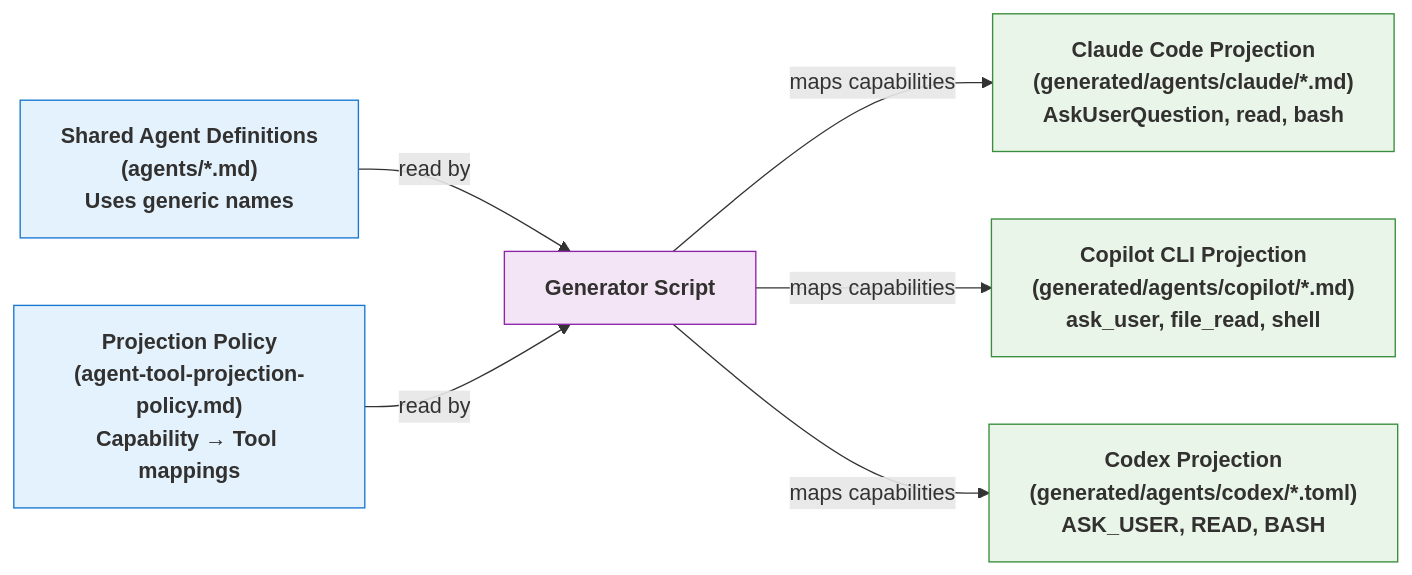
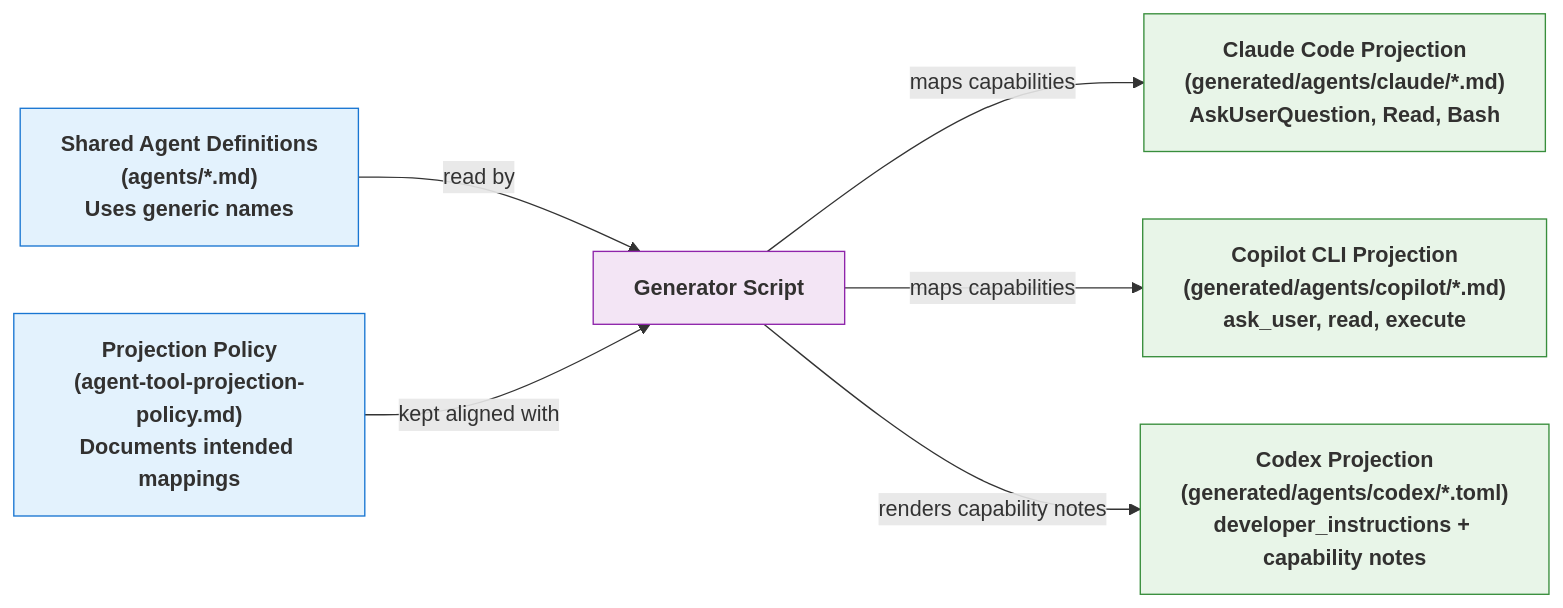
The third of 6 diagrams in docs/projection-layer-readme.md (russell-laing/al-dev-shared), drawn with Mermaid before and after one commit. The commit also changed other lines of this file and 11 other files, not shown here.

````diff
--- a/docs/projection-layer-readme.md
+++ b/docs/projection-layer-readme.md
@@ -288,19 +295,19 @@
 ```mermaid
 graph LR
     A["Shared Agent Definitions<br/>(agents/*.md)<br/>Uses generic names"] -->|read by| B["Generator Script"]
-    C["Projection Policy<br/>(agent-tool-projection-policy.md)<br/>Capability → Tool mappings"] -->|read by| B
-    B -->|maps capabilities| D["Claude Code Projection<br/>(generated/agents/claude/*.md)<br/>AskUserQuestion, read, bash"]
-    B -->|maps capabilities| E["Copilot CLI Projection<br/>(generated/agents/copilot/*.md)<br/>ask_user, file_read, shell"]
-    B -->|maps capabilities| F["Codex Projection<br/>(generated/agents/codex/*.toml)<br/>ASK_USER, READ, BASH"]
+    C["Projection Policy<br/>(agent-tool-projection-policy.md)<br/>Documents intended mappings"] -->|kept aligned with| B
+    B -->|maps capabilities| D["Claude Code Projection<br/>(generated/agents/claude/*.md)<br/>AskUserQuestion, Read, Bash"]
+    B -->|maps capabilities| E["Copilot CLI Projection<br/>(generated/agents/copilot/*.md)<br/>ask_user, read, execute"]
+    B -->|renders capability notes| F["Codex Projection<br/>(generated/agents/codex/*.toml)<br/>developer_instructions + capability notes"]
 
     classDef input fill:#e3f2fd,stroke:#1976d2,color:#323130,font-weight:bold
     classDef process fill:#f3e5f5,stroke:#8e24aa,color:#323130,font-weight:bold
     classDef output fill:#e8f5e8,stroke:#388e3c,color:#323130,font-weight:bold
 
     class A input
     class C input
     class B process
     class D output
     class E output
     class F output
 ```
````
